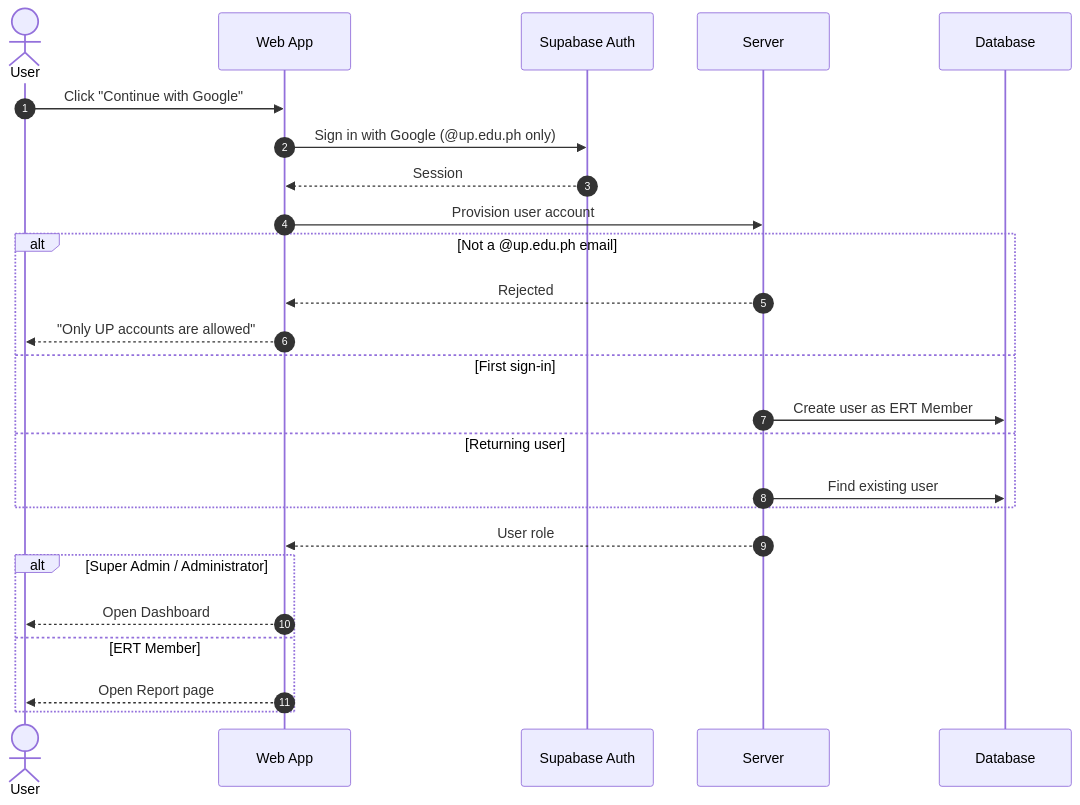
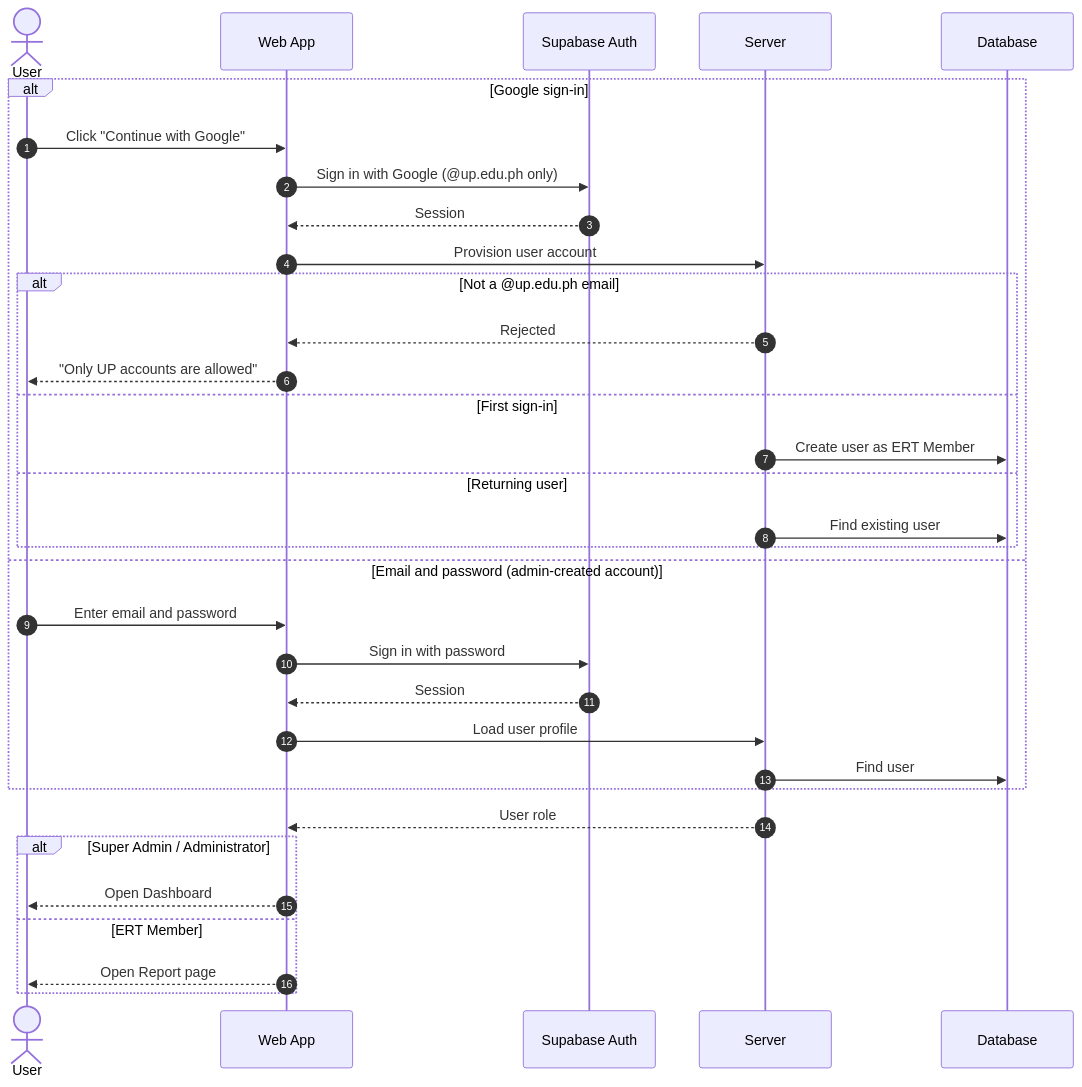
One commit to bruhhhyannnn/drrmh-irs changed the eighth of 21 diagrams in README.md. Above: the diagram before and after it, drawn with Mermaid. The commit also changed other lines of this file, not shown here.

````diff
--- a/README.md
+++ b/README.md
@@ -375,28 +400,36 @@
 ```mermaid
 sequenceDiagram
     autonumber
     actor U as User
     participant App as Web App
     participant Auth as Supabase Auth
     participant S as Server
     participant DB as Database
 
-    U->>App: Click "Continue with Google"
-    App->>Auth: Sign in with Google (@up.edu.ph only)
-    Auth-->>App: Session
-    App->>S: Provision user account
-    alt Not a @up.edu.ph email
-        S-->>App: Rejected
-        App-->>U: "Only UP accounts are allowed"
-    else First sign-in
-        S->>DB: Create user as ERT Member
-    else Returning user
-        S->>DB: Find existing user
+    alt Google sign-in
+        U->>App: Click "Continue with Google"
+        App->>Auth: Sign in with Google (@up.edu.ph only)
+        Auth-->>App: Session
+        App->>S: Provision user account
+        alt Not a @up.edu.ph email
+            S-->>App: Rejected
+            App-->>U: "Only UP accounts are allowed"
+        else First sign-in
+            S->>DB: Create user as ERT Member
+        else Returning user
+            S->>DB: Find existing user
+        end
+    else Email and password (admin-created account)
+        U->>App: Enter email and password
+        App->>Auth: Sign in with password
+        Auth-->>App: Session
+        App->>S: Load user profile
+        S->>DB: Find user
     end
     S-->>App: User role
     alt Super Admin / Administrator
         App-->>U: Open Dashboard
     else ERT Member
         App-->>U: Open Report page
     end
 ```
````
